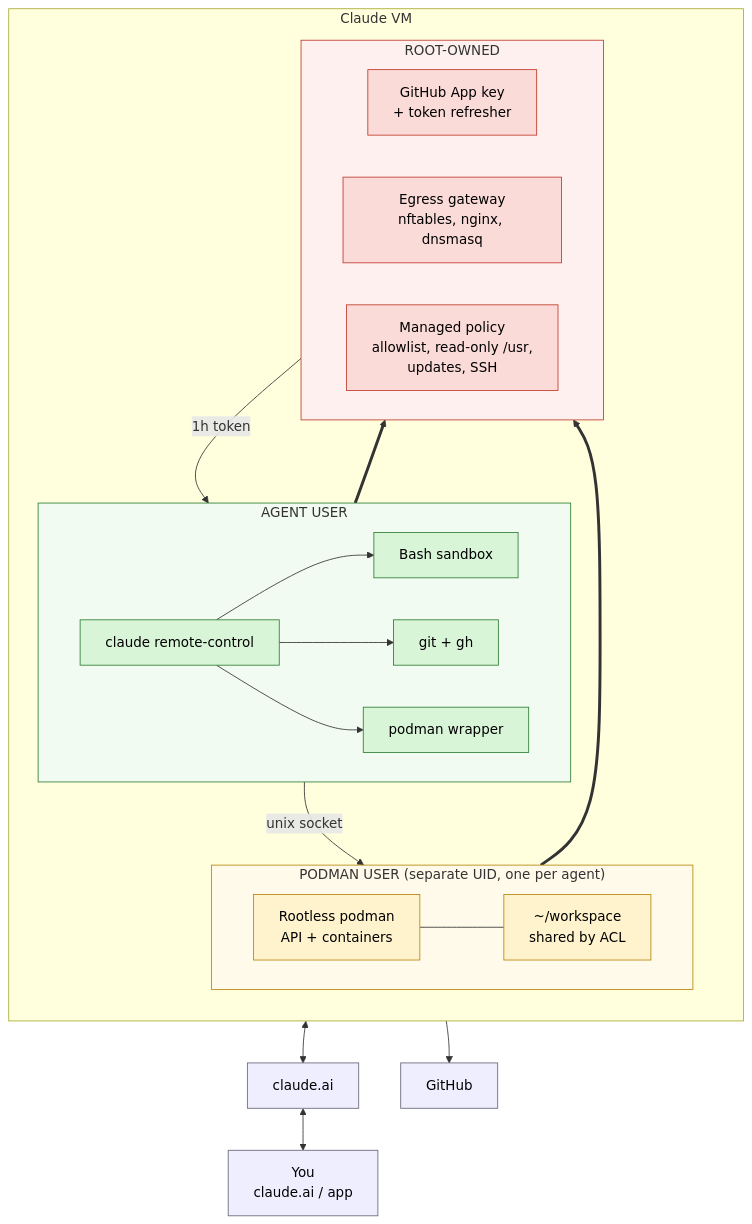
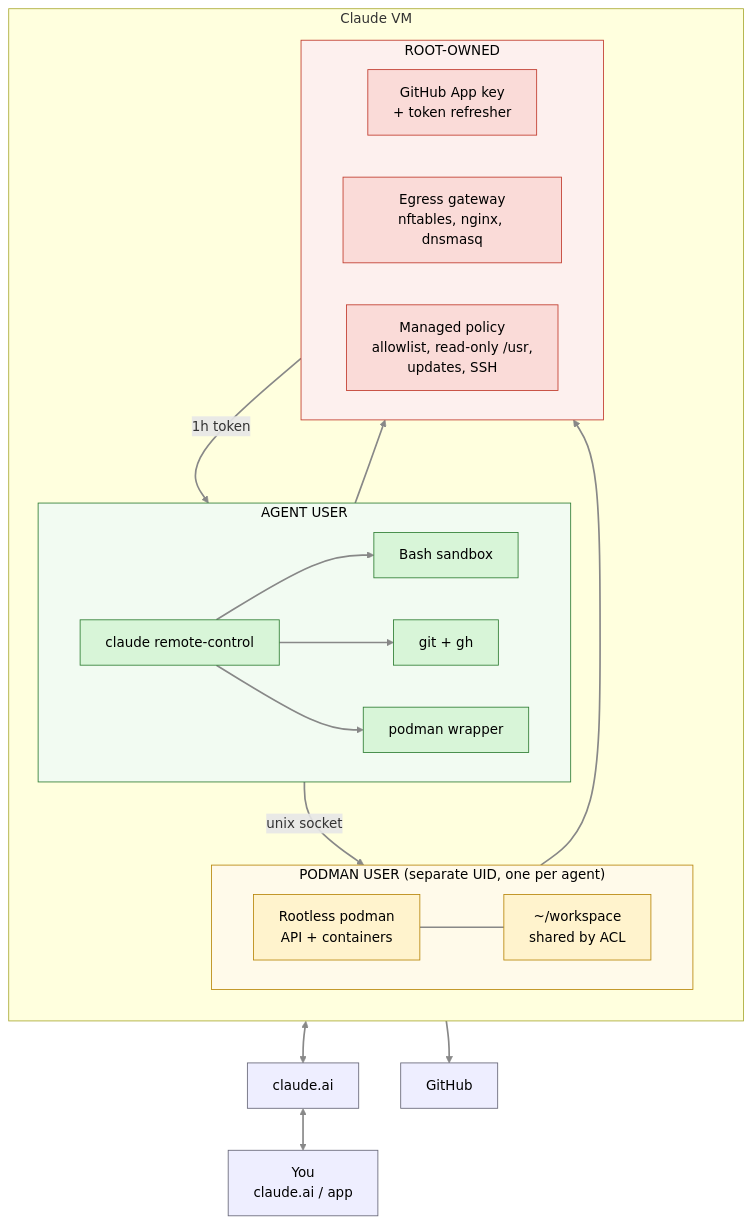
Before and after one commit to cthtrifork/homeserver-bootc: the first of 3 diagrams in docs/claude-vm/README.md, drawn with Mermaid. The commit also changed other lines of this file, not shown here.

Commit message:
docs(claude-vm): make diagram text and lines readable in GitHub dark mode
Subgraph titles inherited the theme's white text on pale fills; set the
text colour explicitly and use a mid-grey link colour.

````diff
--- a/docs/claude-vm/README.md
+++ b/docs/claude-vm/README.md
@@ -18,56 +18,57 @@
 ```mermaid
 flowchart TB
     YOU["You<br/>claude.ai / app"]
     ANTH["claude.ai"]
     GH["GitHub"]
 
     subgraph VM["Claude VM"]
         direction TB
 
         subgraph AGENT["AGENT USER"]
             direction LR
             RC["claude remote-control"]
             SB["Bash sandbox"]
             GIT["git + gh"]
             WRAP["podman wrapper"]
         end
 
         subgraph CONT["PODMAN USER (separate UID, one per agent)"]
             direction LR
             POD["Rootless podman<br/>API + containers"]
             WS["~/workspace<br/>shared by ACL"]
         end
 
         subgraph ROOT["ROOT-OWNED"]
             direction LR
             TOK["GitHub App key<br/>+ token refresher"]
             GW["Egress gateway<br/>nftables, nginx, dnsmasq"]
             CFG["Managed policy<br/>allowlist, read-only /usr,<br/>updates, SSH"]
         end
     end
 
     RC --> SB
     RC --> GIT
     RC --> WRAP
     WRAP -->|"unix socket"| POD
     POD --- WS
     TOK -->|"1h token"| GIT
 
     AGENT ==> GW
     CONT ==> GW
     GW <--> ANTH
     GW --> GH
     ANTH <--> YOU
 
+    linkStyle default stroke:#888,stroke-width:2px
     classDef agent fill:#d8f5d8,stroke:#2e7d32,color:#000
     classDef cont fill:#fff3cd,stroke:#b8860b,color:#000
     classDef locked fill:#fadbd8,stroke:#c0392b,color:#000
     classDef ext fill:#eef,stroke:#667,color:#000
     class RC,SB,GIT,WRAP agent
     class POD,WS cont
     class TOK,GW,CFG locked
     class YOU,ANTH,GH ext
-    style AGENT fill:#f2fbf2,stroke:#2e7d32
-    style CONT fill:#fffaea,stroke:#b8860b
-    style ROOT fill:#fdf0ee,stroke:#c0392b
+    style AGENT fill:#f2fbf2,stroke:#2e7d32,color:#000
+    style CONT fill:#fffaea,stroke:#b8860b,color:#000
+    style ROOT fill:#fdf0ee,stroke:#c0392b,color:#000
 ```
````
